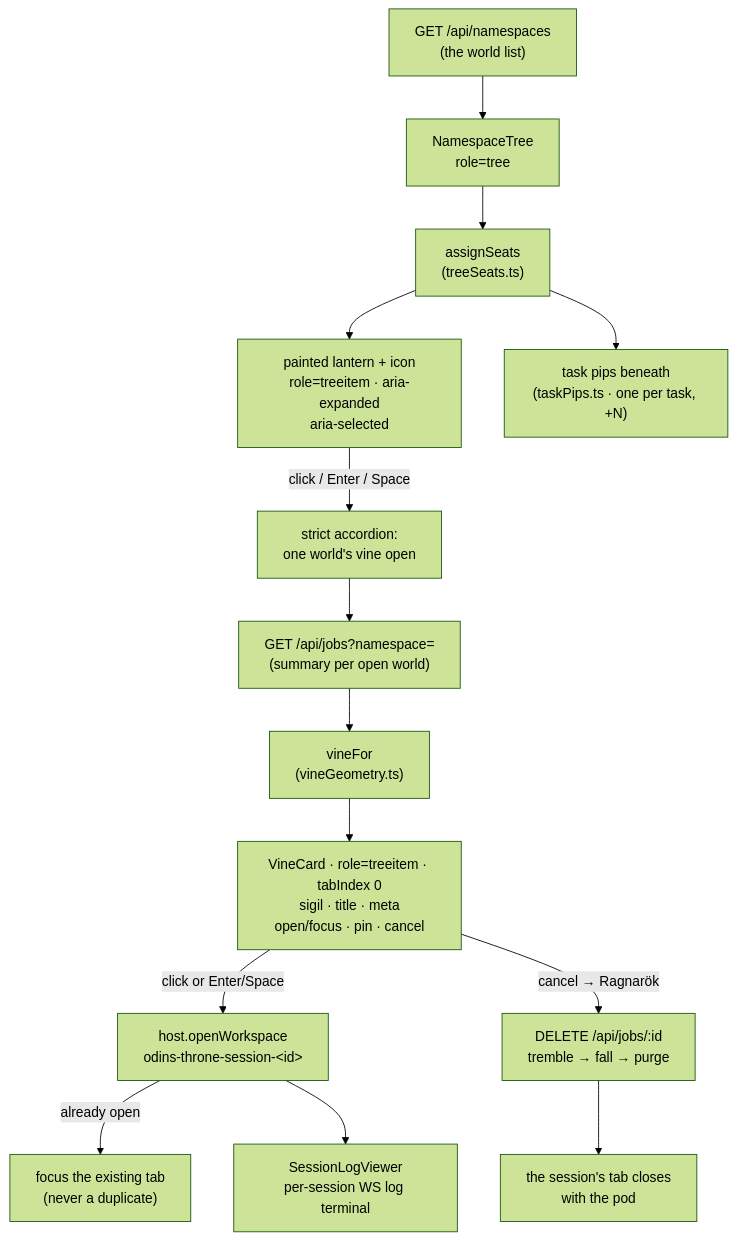
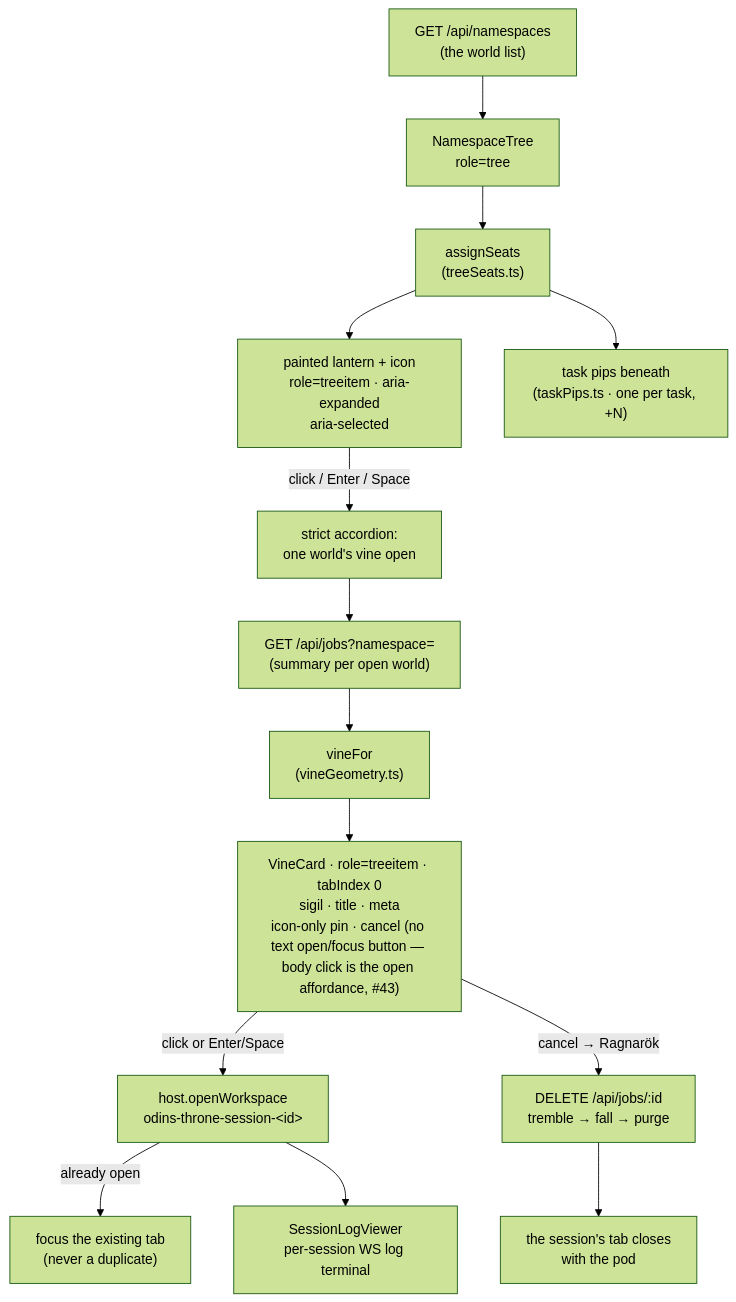
Before and after one commit to declanshanaghy/odins-throne-hermes: the diagram in knowledge/tech-designs/tree-display.md, drawn with Mermaid (forest theme). The commit also changed other lines of this file and 1 other file, not shown here.

Commit message:
wip: remove focus-button stragglers from VineCard sketch + tree-display doc — issue:55

````diff
--- a/knowledge/tech-designs/tree-display.md
+++ b/knowledge/tech-designs/tree-display.md
@@ -35,16 +35,16 @@
 ```mermaid
 flowchart TD
     API["GET /api/namespaces<br/>(the world list)"] --> TREE["NamespaceTree<br/>role=tree"]
     TREE --> SEAT["assignSeats<br/>(treeSeats.ts)"]
     SEAT --> LANT["painted lantern + icon<br/>role=treeitem · aria-expanded<br/>aria-selected"]
     SEAT --> PIPS["task pips beneath<br/>(taskPips.ts · one per task, +N)"]
     LANT -->|"click / Enter / Space"| ACC["strict accordion:<br/>one world's vine open"]
     ACC --> SUM["GET /api/jobs?namespace=<br/>(summary per open world)"]
     SUM --> VINE["vineFor<br/>(vineGeometry.ts)"]
-    VINE --> CARD["VineCard · role=treeitem · tabIndex 0<br/>sigil · title · meta<br/>open/focus · pin · cancel"]
+    VINE --> CARD["VineCard · role=treeitem · tabIndex 0<br/>sigil · title · meta<br/>icon-only pin · cancel (no text open/focus button — body click is the open affordance, #43)"]
     CARD -->|"click or Enter/Space"| TAB["host.openWorkspace<br/>odins-throne-session-&lt;id&gt;"]
     TAB -->|"already open"| FOCUS["focus the existing tab<br/>(never a duplicate)"]
     TAB --> LOG["SessionLogViewer<br/>per-session WS log terminal"]
     CARD -->|"cancel → Ragnarök"| PURGE["DELETE /api/jobs/:id<br/>tremble → fall → purge"]
     PURGE --> CLOSE["the session's tab closes<br/>with the pod"]
 ```
````
